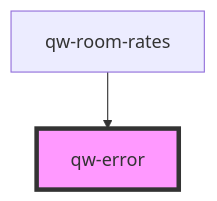
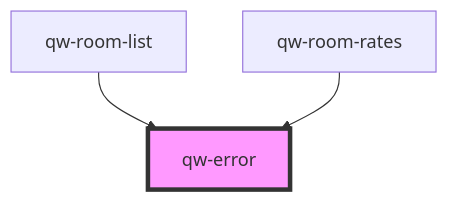
One commit to qwentes-team/qw-hotels changed the diagram in src/components/shared/qw-error/readme.md. Above: the diagram before and after it, drawn with Mermaid. The commit also changed other lines of this file and 6 other files, not shown here.

````diff
--- a/src/components/shared/qw-error/readme.md
+++ b/src/components/shared/qw-error/readme.md
@@ -15,5 +16,6 @@
 ```mermaid
 graph TD;
+  qw-room-list --> qw-error
   qw-room-rates --> qw-error
   style qw-error fill:#f9f,stroke:#333,stroke-width:4px
 ```
````
